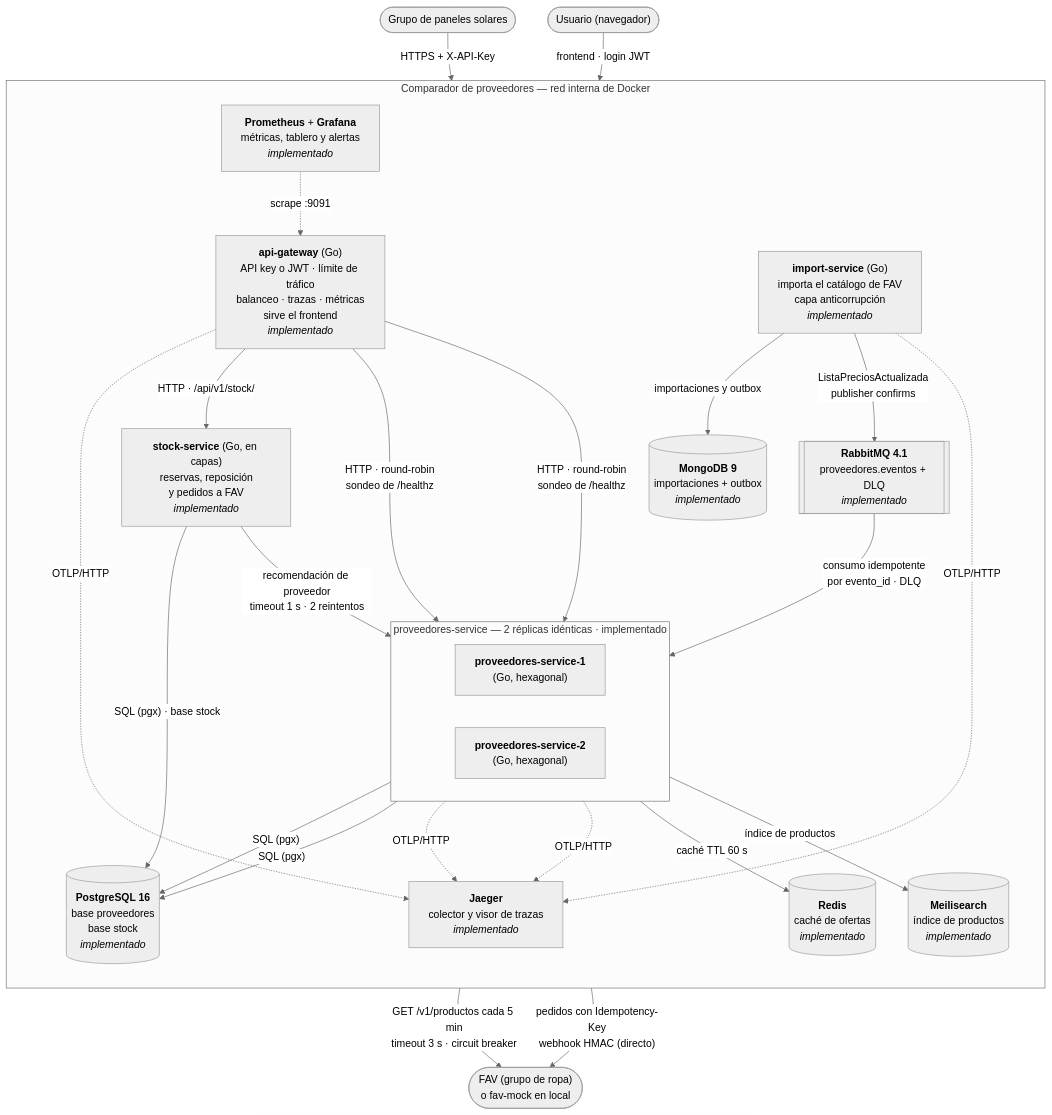
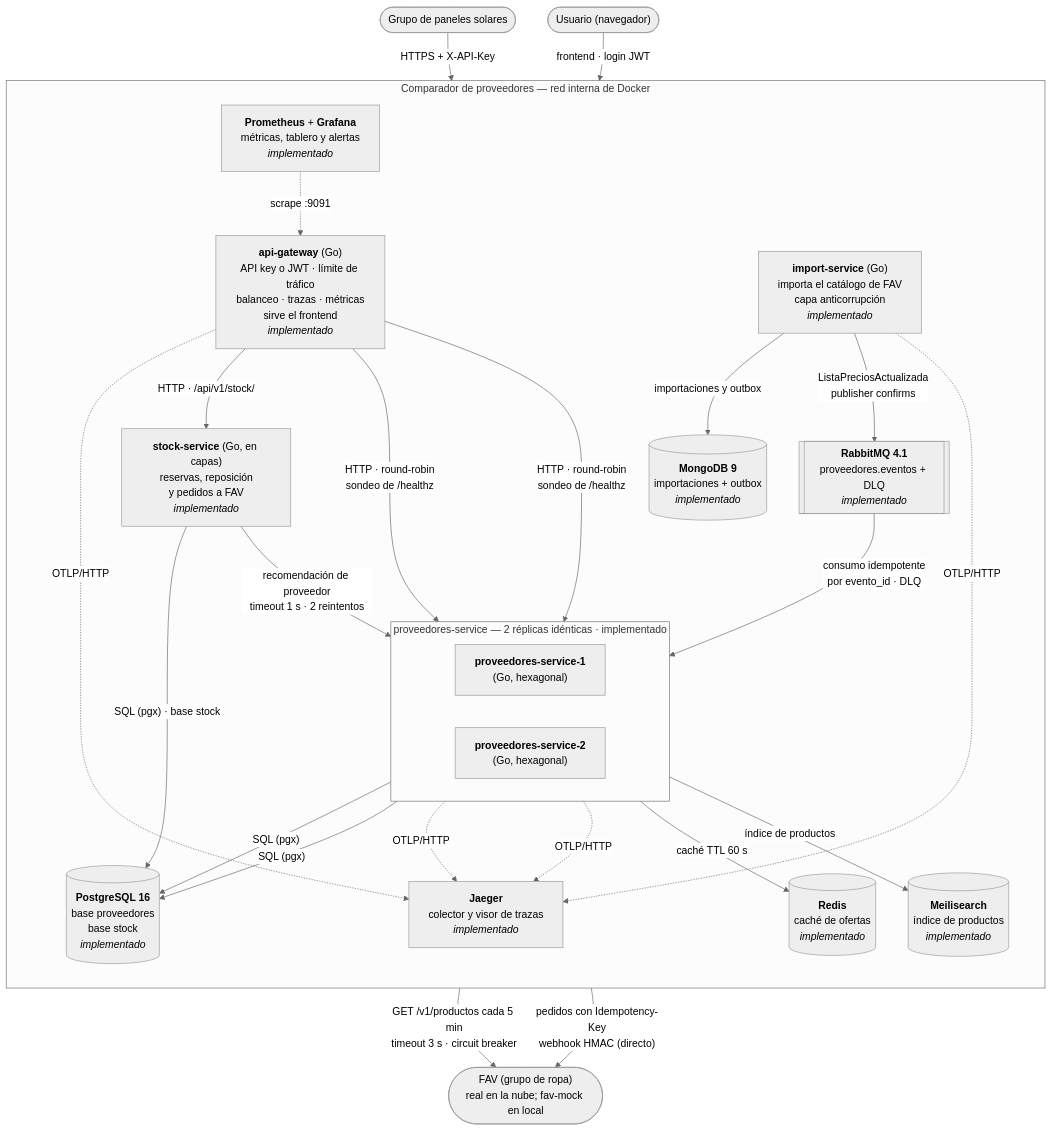
The second of 3 diagrams in docs/ARCHITECTURE.md (matiasdemetriorufeil/arq-soft-proveedores), drawn with Mermaid (neutral theme) before and after one commit. The commit also changed other lines of this file and 2 other files, not shown here.

First line of the commit message:
docs: el catalogo sale del FAV real, no del mock (#12)

````diff
--- a/docs/ARCHITECTURE.md
+++ b/docs/ARCHITECTURE.md
@@ -67,56 +67,56 @@
 ```mermaid
 flowchart TB
     paneles(["Grupo de paneles solares"])
     usuario(["Usuario (navegador)"])
-    ropa(["FAV (grupo de ropa)<br/>o fav-mock en local"])
+    ropa(["FAV (grupo de ropa)<br/>real en la nube; fav-mock en local"])
 
     subgraph sistema["Comparador de proveedores — red interna de Docker"]
         direction TB
         gw["<b>api-gateway</b> (Go)<br/>API key o JWT · límite de tráfico<br/>balanceo · trazas · métricas<br/>sirve el frontend<br/><i>implementado</i>"]
         prom["<b>Prometheus</b> + <b>Grafana</b><br/>métricas, tablero y alertas<br/><i>implementado</i>"]
 
         subgraph proveedores["proveedores-service — 2 réplicas idénticas · implementado"]
             direction LR
             p1["<b>proveedores-service-1</b><br/>(Go, hexagonal)"]
             p2["<b>proveedores-service-2</b><br/>(Go, hexagonal)"]
         end
 
         pg[("<b>PostgreSQL 16</b><br/>base proveedores<br/>base stock<br/><i>implementado</i>")]
         jaeger["<b>Jaeger</b><br/>colector y visor de trazas<br/><i>implementado</i>"]
 
         imp["<b>import-service</b> (Go)<br/>importa el catálogo de FAV<br/>capa anticorrupción<br/><i>implementado</i>"]
         mongo[("<b>MongoDB 9</b><br/>importaciones + outbox<br/><i>implementado</i>")]
         rabbit[["<b>RabbitMQ 4.1</b><br/>proveedores.eventos + DLQ<br/><i>implementado</i>"]]
 
         stock["<b>stock-service</b> (Go, en capas)<br/>reservas, reposición<br/>y pedidos a FAV<br/><i>implementado</i>"]
         redis[("<b>Redis</b><br/>caché de ofertas<br/><i>implementado</i>")]
         meili[("<b>Meilisearch</b><br/>índice de productos<br/><i>implementado</i>")]
     end
 
     paneles -- "HTTPS + X-API-Key" --> gw
     usuario -- "frontend · login JWT" --> gw
 
     gw -- "HTTP · round-robin<br/>sondeo de /healthz" --> p1
     gw -- "HTTP · round-robin<br/>sondeo de /healthz" --> p2
     p1 -- "SQL (pgx)" --> pg
     p2 -- "SQL (pgx)" --> pg
 
     imp -- "GET /v1/productos cada 5 min<br/>timeout 3 s · circuit breaker" --> ropa
     imp -- "importaciones y outbox" --> mongo
     imp -- "ListaPreciosActualizada<br/>publisher confirms" --> rabbit
     rabbit -- "consumo idempotente<br/>por evento_id · DLQ" --> p1
 
     gw -. "OTLP/HTTP" .-> jaeger
     p1 -. "OTLP/HTTP" .-> jaeger
     p2 -. "OTLP/HTTP" .-> jaeger
     imp -. "OTLP/HTTP" .-> jaeger
 
     gw -- "HTTP · /api/v1/stock/" --> stock
     prom -. "scrape :9091" .-> gw
     stock -- "recomendación de proveedor<br/>timeout 1 s · 2 reintentos" --> p1
     stock -- "pedidos con Idempotency-Key<br/>webhook HMAC (directo)" --> ropa
     stock -- "SQL (pgx) · base stock" --> pg
     p1 -- "caché TTL 60 s" --> redis
     p1 -- "índice de productos" --> meili
 
 ```
````
